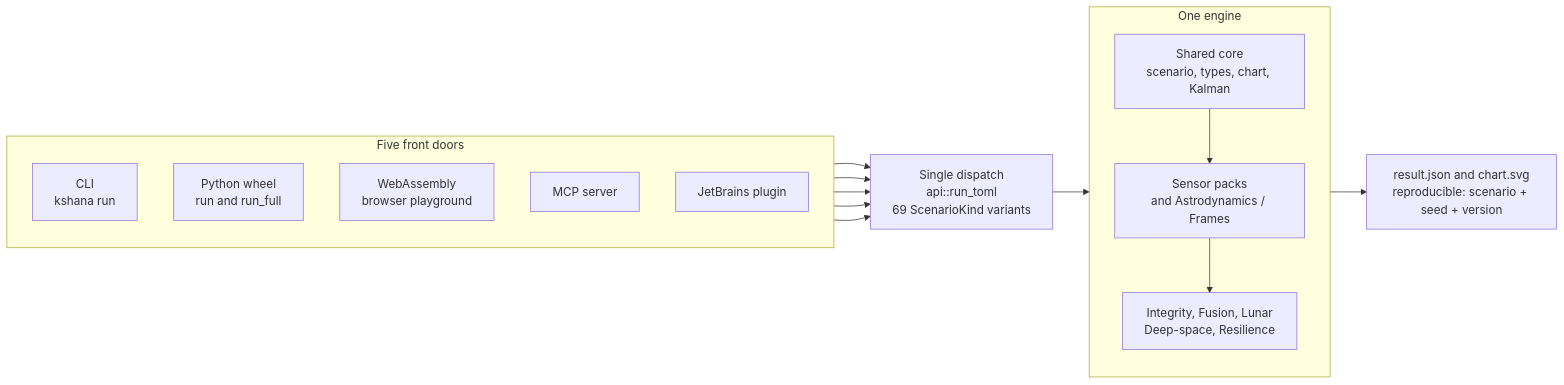
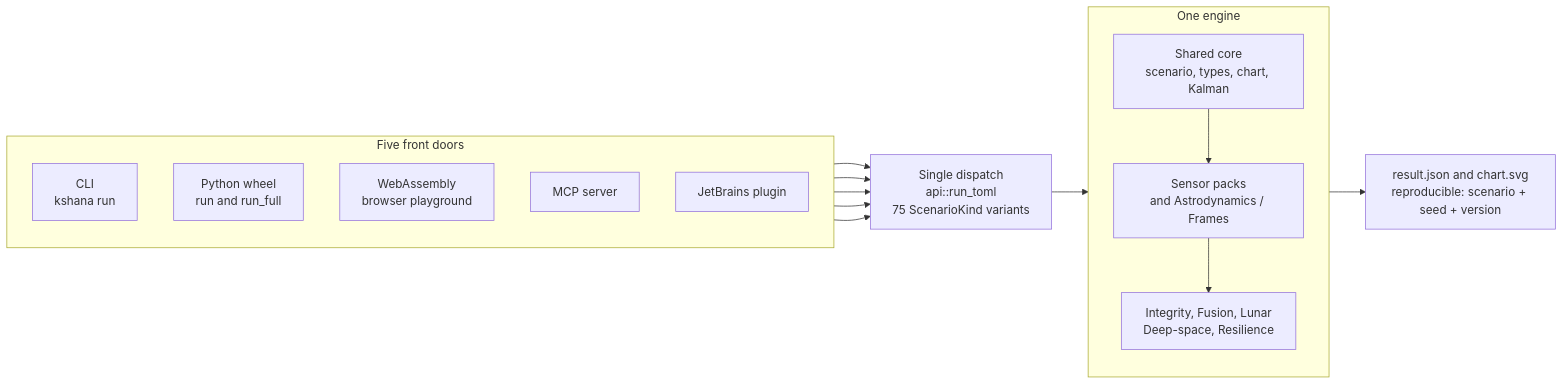
Before and after one commit to ashfordeOU/kshana: the diagram in docs/diagrams/system-overview.mmd, drawn with Mermaid. The commit also changed 38 other files, not shown here.

```diff
--- a/docs/diagrams/system-overview.mmd
+++ b/docs/diagrams/system-overview.mmd
@@ -1,31 +1,31 @@
 flowchart LR
     subgraph DOORS[Five front doors]
         direction TB
         CLI[CLI<br/>kshana run]
         PY[Python wheel<br/>run and run_full]
         WASM[WebAssembly<br/>browser playground]
         MCP[MCP server]
         IDE[JetBrains plugin]
     end
 
-    DISPATCH[Single dispatch<br/>api::run_toml<br/>69 ScenarioKind variants]
+    DISPATCH[Single dispatch<br/>api::run_toml<br/>75 ScenarioKind variants]
 
     subgraph ENGINE[One engine]
         direction TB
         CORE[Shared core<br/>scenario, types, chart, Kalman]
         PACKS[Sensor packs<br/>and Astrodynamics / Frames]
         DOMAIN[Integrity, Fusion, Lunar<br/>Deep-space, Resilience]
         CORE --> PACKS
         PACKS --> DOMAIN
     end
 
     OUT[result.json and chart.svg<br/>reproducible: scenario + seed + version]
 
     CLI --> DISPATCH
     PY --> DISPATCH
     WASM --> DISPATCH
     MCP --> DISPATCH
     IDE --> DISPATCH
 
     DISPATCH --> ENGINE
     ENGINE --> OUT
```
